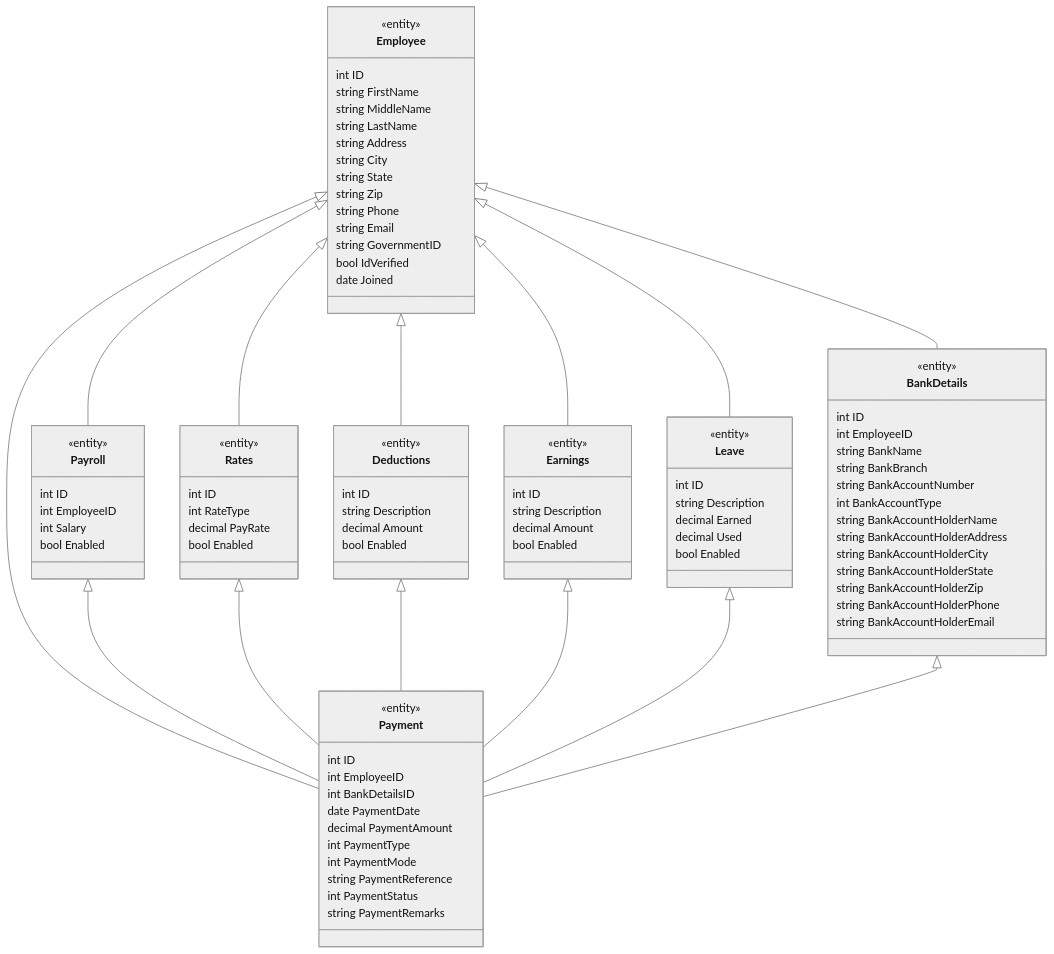
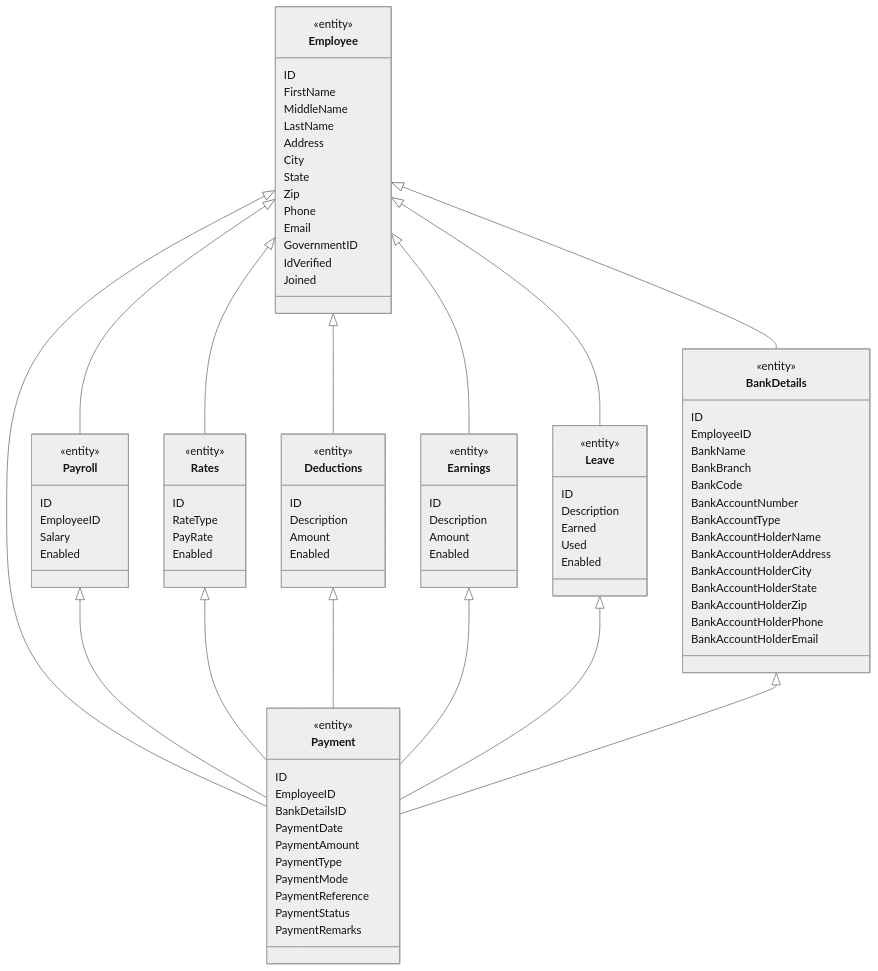
The second of 2 diagrams in README.md (navinkumaragilysys/tenet), drawn with Mermaid (neutral theme) before and after one commit. The commit also changed other lines of this file, not shown here.

Commit message:
bank code added

````diff
--- a/README.md
+++ b/README.md
@@ -299,83 +301,84 @@
     BankDetails <|-- Payment
     class Employee{
         <<entity>>
-        int ID
-        string FirstName
-        string MiddleName
-        string LastName
-        string Address
-        string City
-        string State
-        string Zip
-        string Phone
-        string Email
-        string GovernmentID
-        bool IdVerified
-        date Joined
+        ID
+        FirstName
+        MiddleName
+        LastName
+        Address
+        City
+        State
+        Zip
+        Phone
+        Email
+        GovernmentID
+        IdVerified
+        Joined
     }
     class Payroll{
         <<entity>>
-        int ID
-        int EmployeeID
-        int Salary
-        bool Enabled
+        ID
+        EmployeeID
+        Salary
+        Enabled
     }
     class Rates{
         <<entity>>
-        int ID
-        int RateType
-        decimal PayRate
-        bool Enabled
+        ID
+        RateType
+        PayRate
+        Enabled
     }
     class Deductions{
         <<entity>>
-        int ID
-        string Description
-        decimal Amount
-        bool Enabled
+        ID
+        Description
+        Amount
+        Enabled
     }
     class Earnings{
         <<entity>>
-        int ID
-        string Description
-        decimal Amount
-        bool Enabled
+        ID
+        Description
+        Amount
+        Enabled
     }
     class Leave{
         <<entity>>
-        int ID
-        string Description
-        decimal Earned
-        decimal Used
-        bool Enabled
+        ID
+        Description
+        Earned
+        Used
+        Enabled
     }
     class Payment{
         <<entity>>
-        int ID
-        int EmployeeID
-        int BankDetailsID
-        date PaymentDate
-        decimal PaymentAmount
-        int PaymentType
-        int PaymentMode
-        string PaymentReference
-        int PaymentStatus
-        string PaymentRemarks
+        ID
+        EmployeeID
+        BankDetailsID
+        PaymentDate
+        PaymentAmount
+        PaymentType
+        PaymentMode
+        PaymentReference
+        PaymentStatus
+        PaymentRemarks
     }
     class BankDetails{
         <<entity>>
-        int ID
-        int EmployeeID
-        string BankName
-        string BankBranch
-        string BankAccountNumber
-        int BankAccountType
-        string BankAccountHolderName
-        string BankAccountHolderAddress
-        string BankAccountHolderCity
-        string BankAccountHolderState
-        string BankAccountHolderZip
-        string BankAccountHolderPhone
-        string BankAccountHolderEmail
+        ID
+        EmployeeID
+        BankName
+        BankBranch
+        BankCode
+        BankAccountNumber
+        BankAccountType
+        BankAccountHolderName
+        BankAccountHolderAddress
+        BankAccountHolderCity
+        BankAccountHolderState
+        BankAccountHolderZip
+        BankAccountHolderPhone
+        BankAccountHolderEmail
     }
 ```
````
